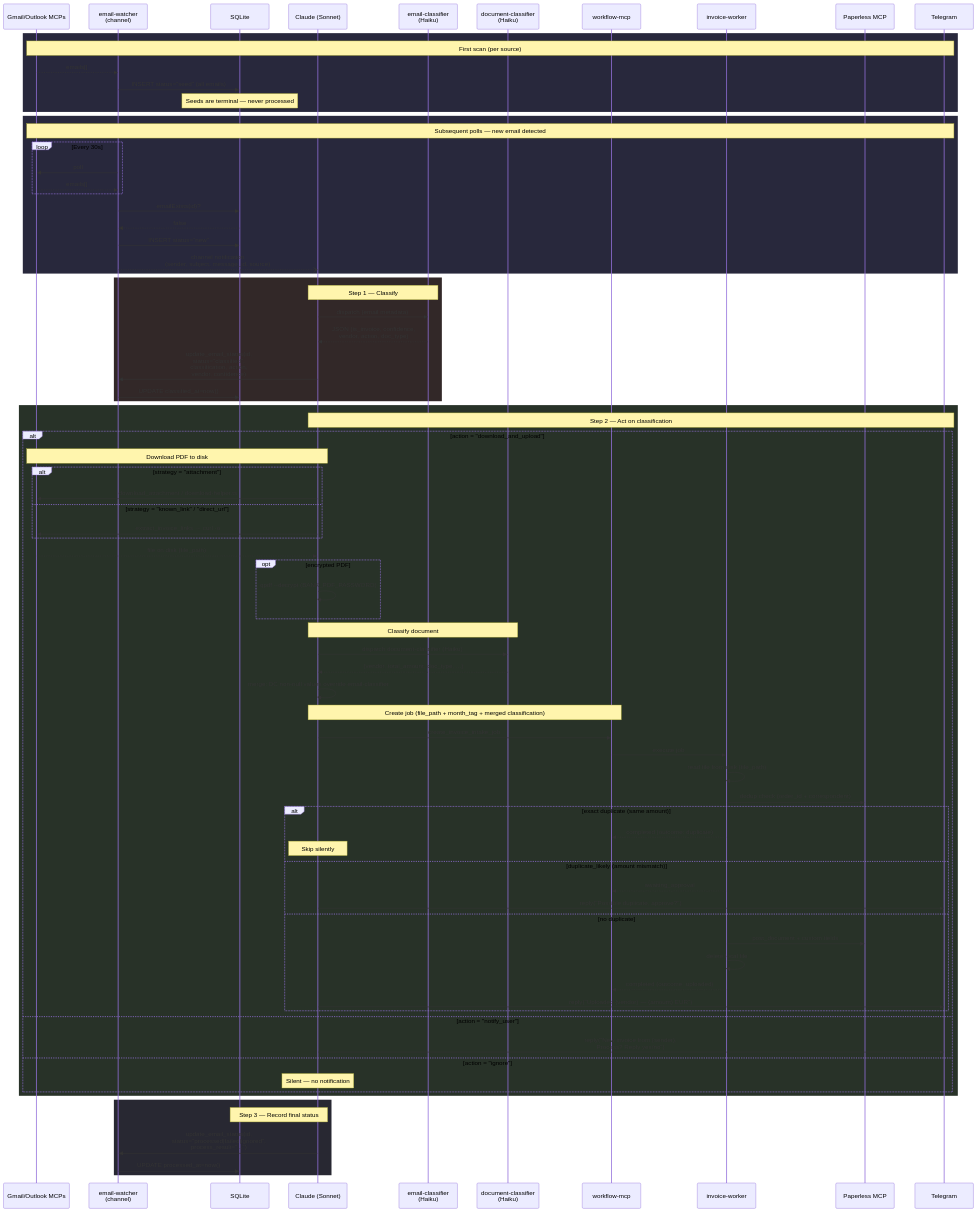
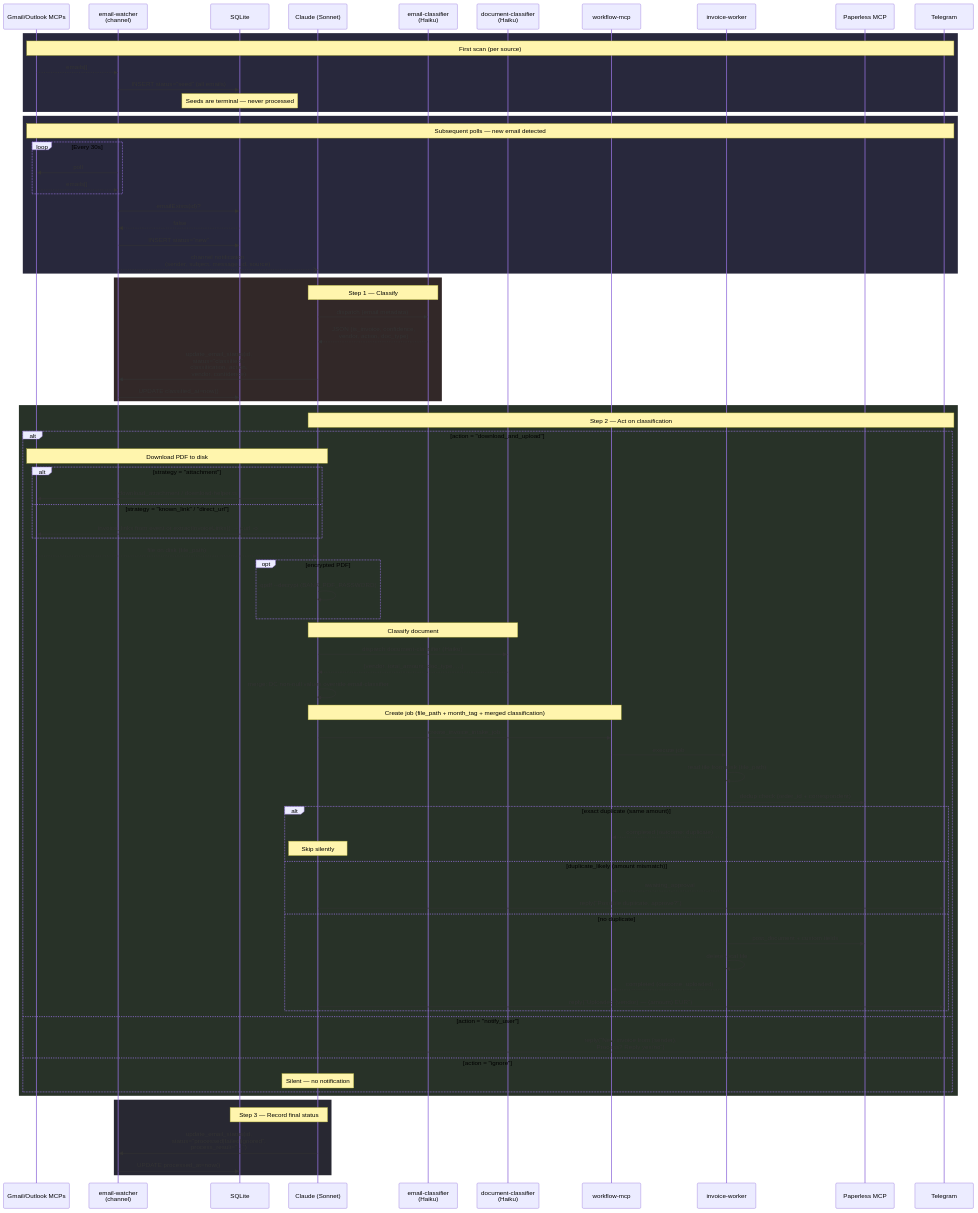
The second of 3 diagrams in docs/uc1-invoice-processing.md (mcsdodo/personal-assistant), drawn with Mermaid before and after one commit. The commit also changed other lines of this file and 9 other files, not shown here.

```diff
--- a/docs/uc1-invoice-processing.md
+++ b/docs/uc1-invoice-processing.md
@@ -80,7 +80,7 @@
         alt strategy = "attachment"
             C->>G: download_attachment / download-helper.ts
         else strategy = "known_link" / "direct_url"
-            C->>G: extract_invoice_links → curl -o
+            C->>G: invoice_links from event or extractInvoiceLinks() → curl -o
         end
         G-->>C: file on disk (file_path)
         opt encrypted PDF
```
